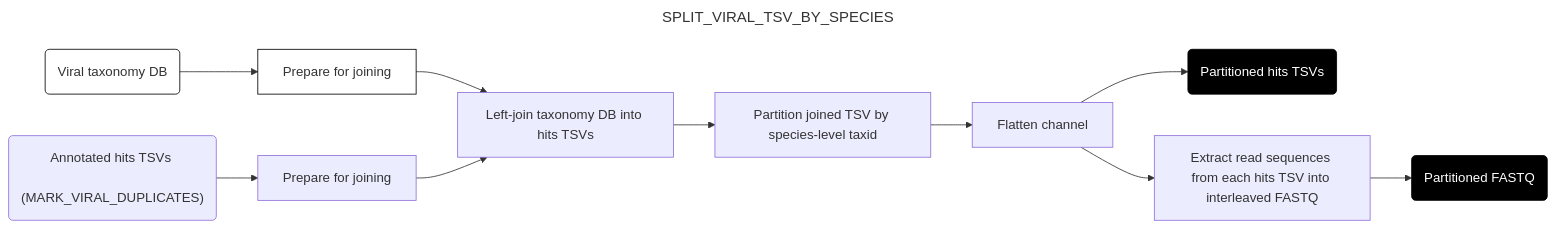
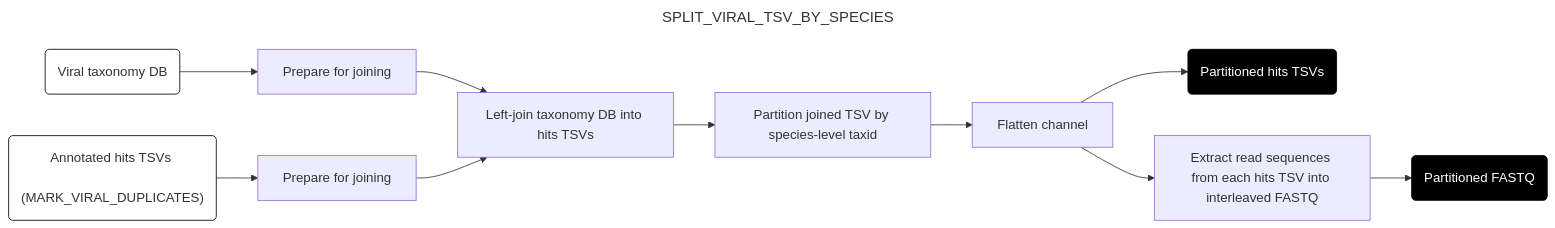
One commit to naobservatory/mgs-workflow changed the fifth of 11 diagrams in docs/downstream.md. Above: the diagram before and after it, drawn with Mermaid. The commit also changed other lines of this file, not shown here.

````diff
--- a/docs/downstream.md
+++ b/docs/downstream.md
@@ -108,21 +147,21 @@
 ```mermaid
 ---
 title: SPLIT_VIRAL_TSV_BY_SPECIES
 config:
   layout: horizontal
 ---
 flowchart LR
 A("Viral taxonomy DB") --> B[Prepare for joining]
 C("Annotated hits TSVs <br> (MARK_VIRAL_DUPLICATES)") --> D[Prepare for joining]
 B --> E[Left-join taxonomy DB into hits TSVs]
 D --> E
 E --> F[Partition joined TSV by species-level taxid]
 F --> G[Flatten channel]
 G --> H(Partitioned hits TSVs)
 G --> I[Extract read sequences from each hits TSV into interleaved FASTQ]
 I --> J(Partitioned FASTQ)
 style A fill:#fff,stroke:#000
-style B fill:#fff,stroke:#000
+style C fill:#fff,stroke:#000
 style H fill:#000,color:#fff,stroke:#000
 style J fill:#000,color:#fff,stroke:#000
 ```
````
